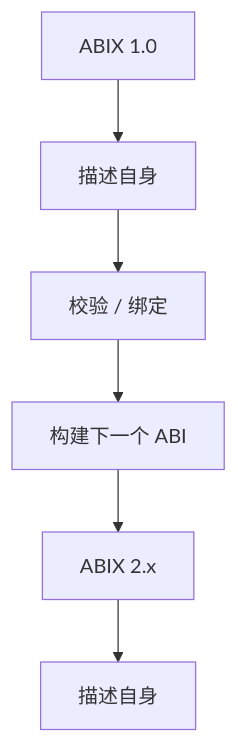
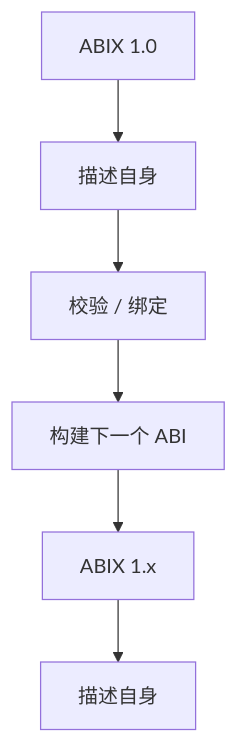
Before and after one commit to Sukanle/ABIX: the first of 3 diagrams in docs/getting-started/self-hosting_zh.md, drawn with Mermaid. The commit also changed 6 other files, not shown here.

````diff
--- a/docs/getting-started/self-hosting_zh.md
+++ b/docs/getting-started/self-hosting_zh.md
@@ -21,8 +21,8 @@
 ```mermaid
 graph TD
     A["ABIX 1.0"] --> B["描述自身"]
     B --> C["校验 / 绑定"]
     C --> D["构建下一个 ABI"]
-    D --> E["ABIX 2.x"]
+    D --> E["ABIX 1.x"]
     E --> F["描述自身"]
 ```
````
